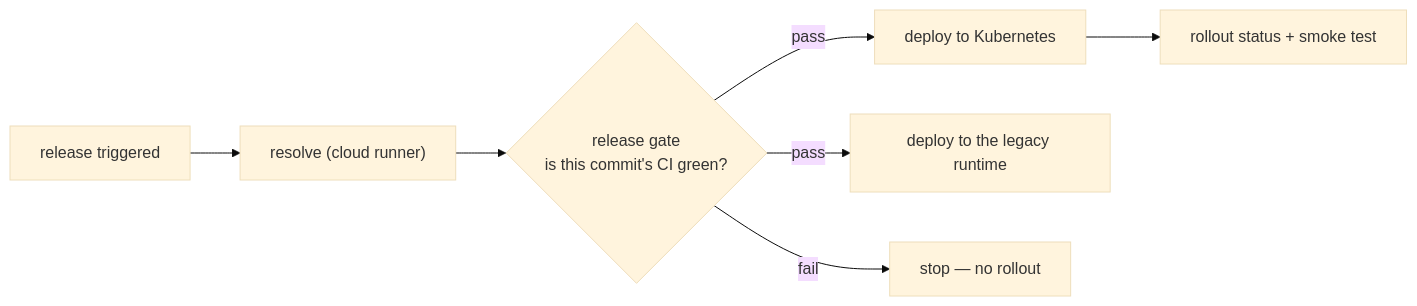
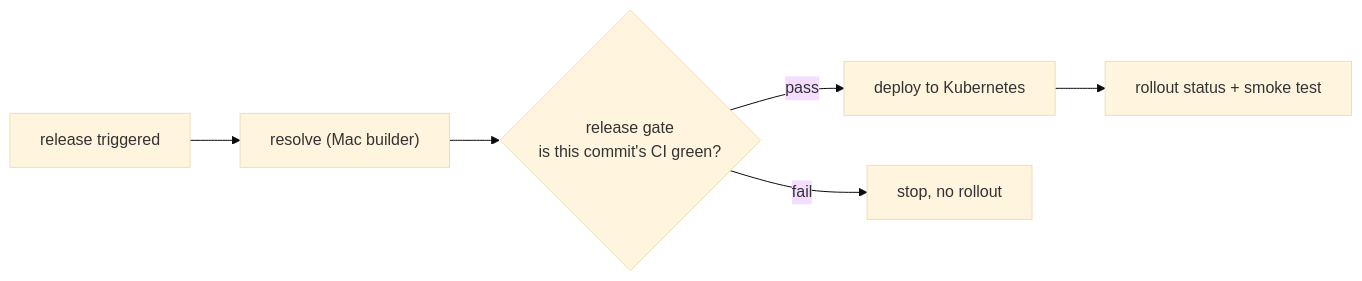
Before and after one commit to schultzzznet/schultzzznet: the third of 3 diagrams in docs/platform.md, drawn with Mermaid (base theme). The commit also changed other lines of this file and 13 other files, not shown here.

````diff
--- a/docs/platform.md
+++ b/docs/platform.md
@@ -206,9 +215,8 @@
 ```mermaid
 flowchart LR
-  T["release triggered"] --> R["resolve (cloud runner)"]
+  T["release triggered"] --> R["resolve (Mac builder)"]
   R --> G{"release gate<br/>is this commit's CI green?"}
   G -- pass --> K["deploy to Kubernetes"]
-  G -- pass --> W["deploy to the legacy runtime"]
-  G -- fail --> X["stop — no rollout"]
+  G -- fail --> X["stop, no rollout"]
   K --> V["rollout status + smoke test"]
 ```
````
